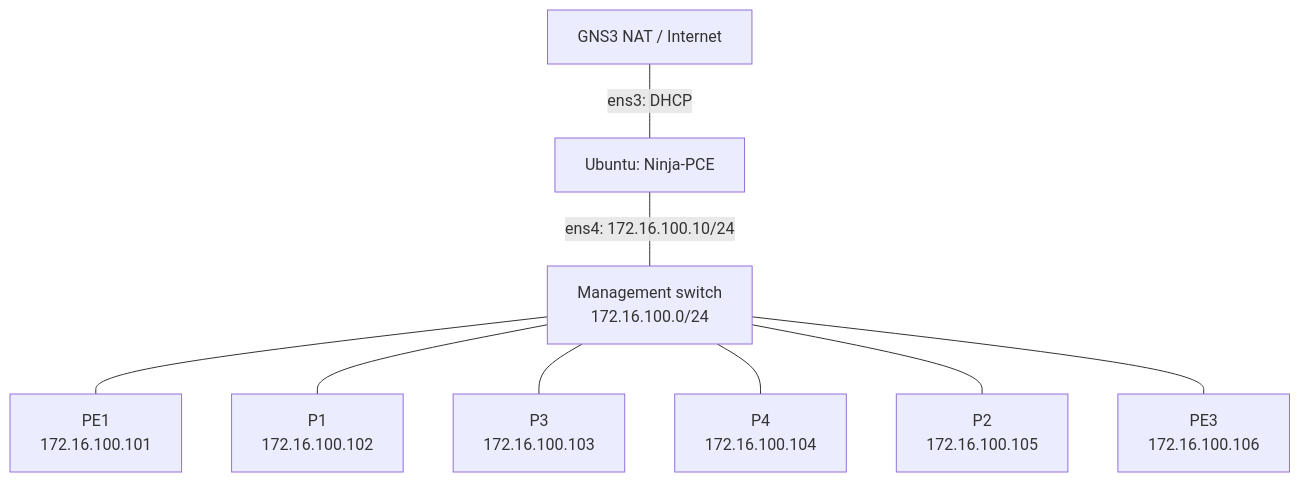
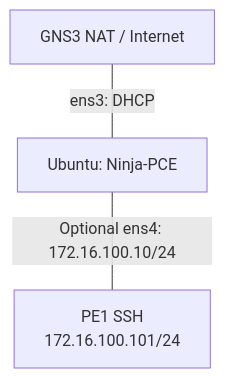
One commit to luora/ninja-pce changed the second of 2 diagrams in docs/gns3_validation.md. Above: the diagram before and after it, drawn with Mermaid. The commit also changed other lines of this file, not shown here.

Commit message:
Use console access without a management switch in the GNS3 guide

````diff
--- a/docs/gns3_validation.md
+++ b/docs/gns3_validation.md
@@ -318,14 +339,7 @@
 ```mermaid
 flowchart TB
     NAT["GNS3 NAT / Internet"]
     PCE["Ubuntu: Ninja-PCE"]
-    SW["Management switch<br/>172.16.100.0/24"]
     NAT ---|"ens3: DHCP"| PCE
-    PCE ---|"ens4: 172.16.100.10/24"| SW
-    SW --- PE1["PE1<br/>172.16.100.101"]
-    SW --- P1["P1<br/>172.16.100.102"]
-    SW --- P3["P3<br/>172.16.100.103"]
-    SW --- P4["P4<br/>172.16.100.104"]
-    SW --- P2["P2<br/>172.16.100.105"]
-    SW --- PE3["PE3<br/>172.16.100.106"]
+    PCE ---|"Optional ens4: 172.16.100.10/24"| PE1["PE1 SSH<br/>172.16.100.101/24"]
 ```
````
